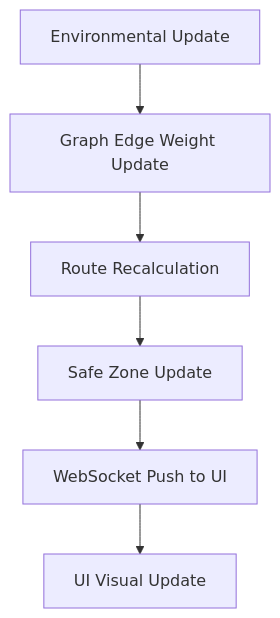
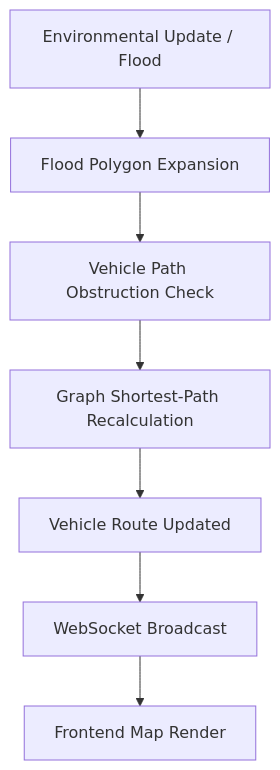
The diagram in README.md (iamnih4l/Deluge), drawn with Mermaid before and after one commit. The commit also changed other lines of this file and 115 other files, not shown here.

````diff
--- a/README.md
+++ b/README.md
@@ -68,8 +67,9 @@
 ```mermaid
 graph TD
-    A[Environmental Update] --> B[Graph Edge Weight Update]
-    B --> C[Route Recalculation]
-    C --> D[Safe Zone Update]
-    D --> E[WebSocket Push to UI]
-    E --> F[UI Visual Update]
+    A[Environmental Update / Flood] --> B[Flood Polygon Expansion]
+    B --> C[Vehicle Path Obstruction Check]
+    C --> D[Graph Shortest-Path Recalculation]
+    D --> E[Vehicle Route Updated]
+    E --> F[WebSocket Broadcast]
+    F --> G[Frontend Map Render]
 ```
````
